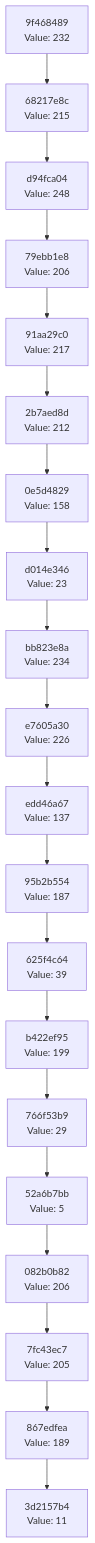
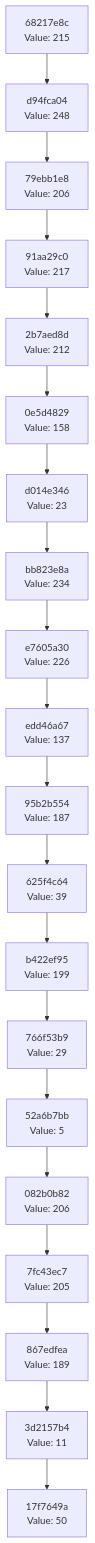
The diagram in docs/CHAIN_VISUALIZATION.md (Abhisheksinha1506/hash-chain-evolver), drawn with Mermaid before and after one commit. The commit also changed 3 other files, not shown here.

````diff
--- a/docs/CHAIN_VISUALIZATION.md
+++ b/docs/CHAIN_VISUALIZATION.md
@@ -3,42 +3,42 @@
 ```mermaid
 graph TD
-    C0["3d2157b4<br/>Value: 11"]
-    C1["867edfea<br/>Value: 189"]
+    C0["17f7649a<br/>Value: 50"]
+    C1["3d2157b4<br/>Value: 11"]
     C1 --> C0
-    C2["7fc43ec7<br/>Value: 205"]
+    C2["867edfea<br/>Value: 189"]
     C2 --> C1
-    C3["082b0b82<br/>Value: 206"]
+    C3["7fc43ec7<br/>Value: 205"]
     C3 --> C2
-    C4["52a6b7bb<br/>Value: 5"]
+    C4["082b0b82<br/>Value: 206"]
     C4 --> C3
-    C5["766f53b9<br/>Value: 29"]
+    C5["52a6b7bb<br/>Value: 5"]
     C5 --> C4
-    C6["b422ef95<br/>Value: 199"]
+    C6["766f53b9<br/>Value: 29"]
     C6 --> C5
-    C7["625f4c64<br/>Value: 39"]
+    C7["b422ef95<br/>Value: 199"]
     C7 --> C6
-    C8["95b2b554<br/>Value: 187"]
+    C8["625f4c64<br/>Value: 39"]
     C8 --> C7
-    C9["edd46a67<br/>Value: 137"]
+    C9["95b2b554<br/>Value: 187"]
     C9 --> C8
-    C10["e7605a30<br/>Value: 226"]
+    C10["edd46a67<br/>Value: 137"]
     C10 --> C9
-    C11["bb823e8a<br/>Value: 234"]
+    C11["e7605a30<br/>Value: 226"]
     C11 --> C10
-    C12["d014e346<br/>Value: 23"]
+    C12["bb823e8a<br/>Value: 234"]
     C12 --> C11
-    C13["0e5d4829<br/>Value: 158"]
+    C13["d014e346<br/>Value: 23"]
     C13 --> C12
-    C14["2b7aed8d<br/>Value: 212"]
+    C14["0e5d4829<br/>Value: 158"]
     C14 --> C13
-    C15["91aa29c0<br/>Value: 217"]
+    C15["2b7aed8d<br/>Value: 212"]
     C15 --> C14
-    C16["79ebb1e8<br/>Value: 206"]
+    C16["91aa29c0<br/>Value: 217"]
     C16 --> C15
-    C17["d94fca04<br/>Value: 248"]
+    C17["79ebb1e8<br/>Value: 206"]
     C17 --> C16
-    C18["68217e8c<br/>Value: 215"]
+    C18["d94fca04<br/>Value: 248"]
     C18 --> C17
-    C19["9f468489<br/>Value: 232"]
+    C19["68217e8c<br/>Value: 215"]
     C19 --> C18
 ```
````
